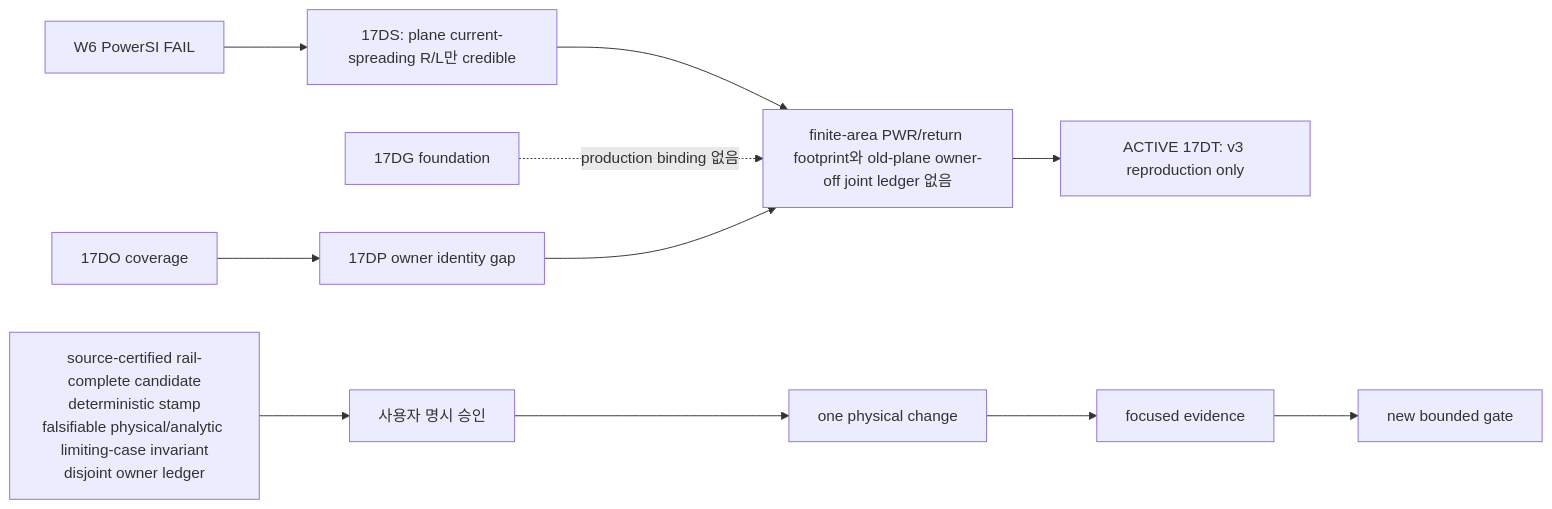
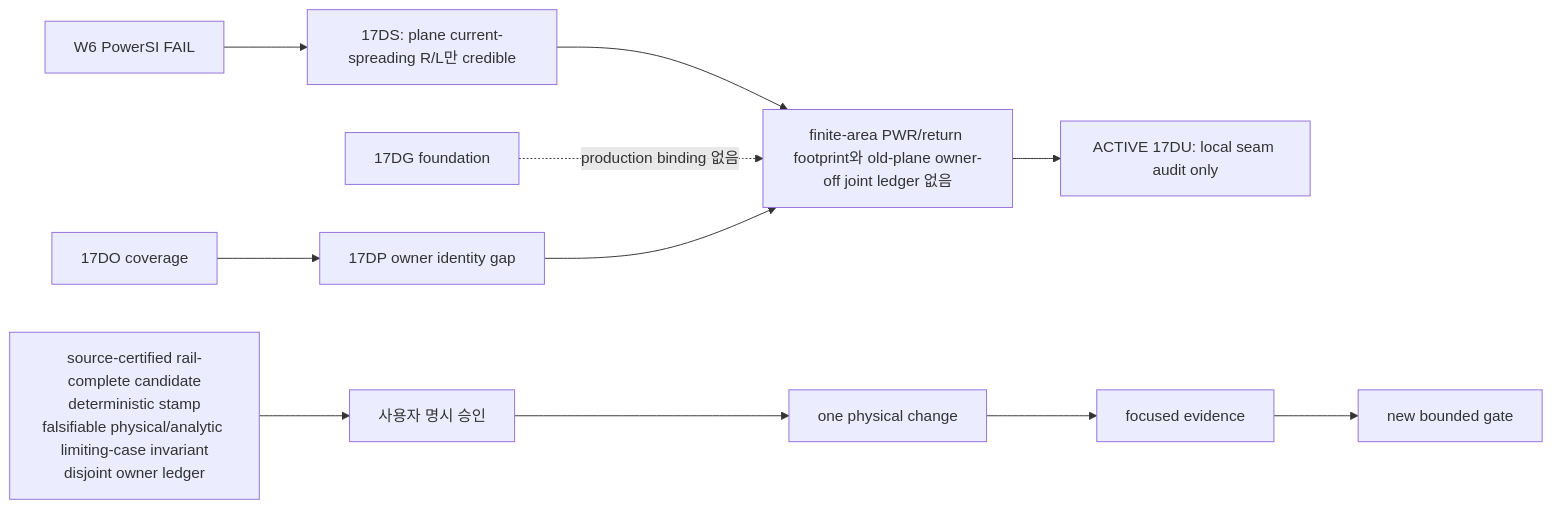
One commit to yunhyok/spd-decap-pi-evaluator changed the diagram in docs/WORK_EXECUTION_BASELINE.md. Above: the diagram before and after it, drawn with Mermaid. The commit also changed other lines of this file and 3 other files, not shown here.

Commit message:
test: audit current-lineage rail footprint seam

````diff
--- a/docs/WORK_EXECUTION_BASELINE.md
+++ b/docs/WORK_EXECUTION_BASELINE.md
@@ -543,13 +553,13 @@
 ```mermaid
 flowchart LR
   A[W6 PowerSI FAIL] --> B[17DS: plane current-spreading R/L만 credible]
   B --> C[finite-area PWR/return footprint와 old-plane owner-off joint ledger 없음]
   D[17DG foundation] -. production binding 없음 .-> C
   E[17DO coverage] --> F[17DP owner identity gap]
   F --> C
-  C --> G[ACTIVE 17DT: v3 reproduction only]
+  C --> G[ACTIVE 17DU: local seam audit only]
   H[source-certified rail-complete candidate<br/>deterministic stamp<br/>falsifiable physical/analytic limiting-case invariant<br/>disjoint owner ledger] --> I[사용자 명시 승인]
   I --> J[one physical change]
   J --> K[focused evidence]
   K --> L[new bounded gate]
 ```
````
